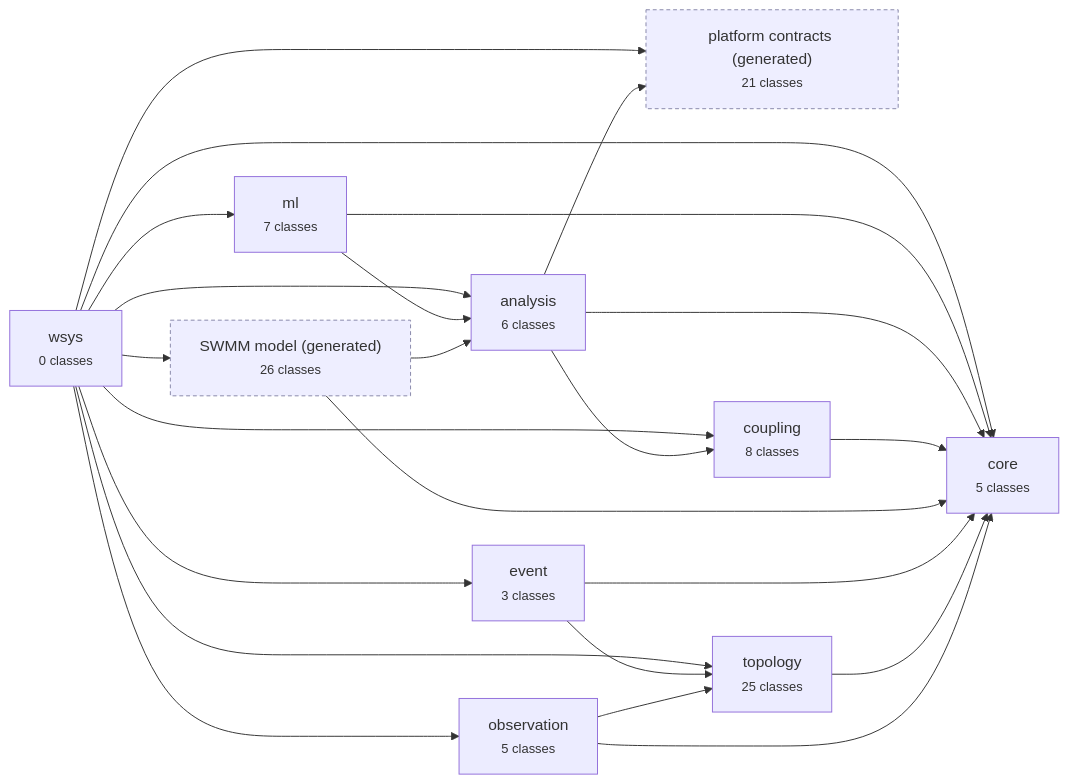
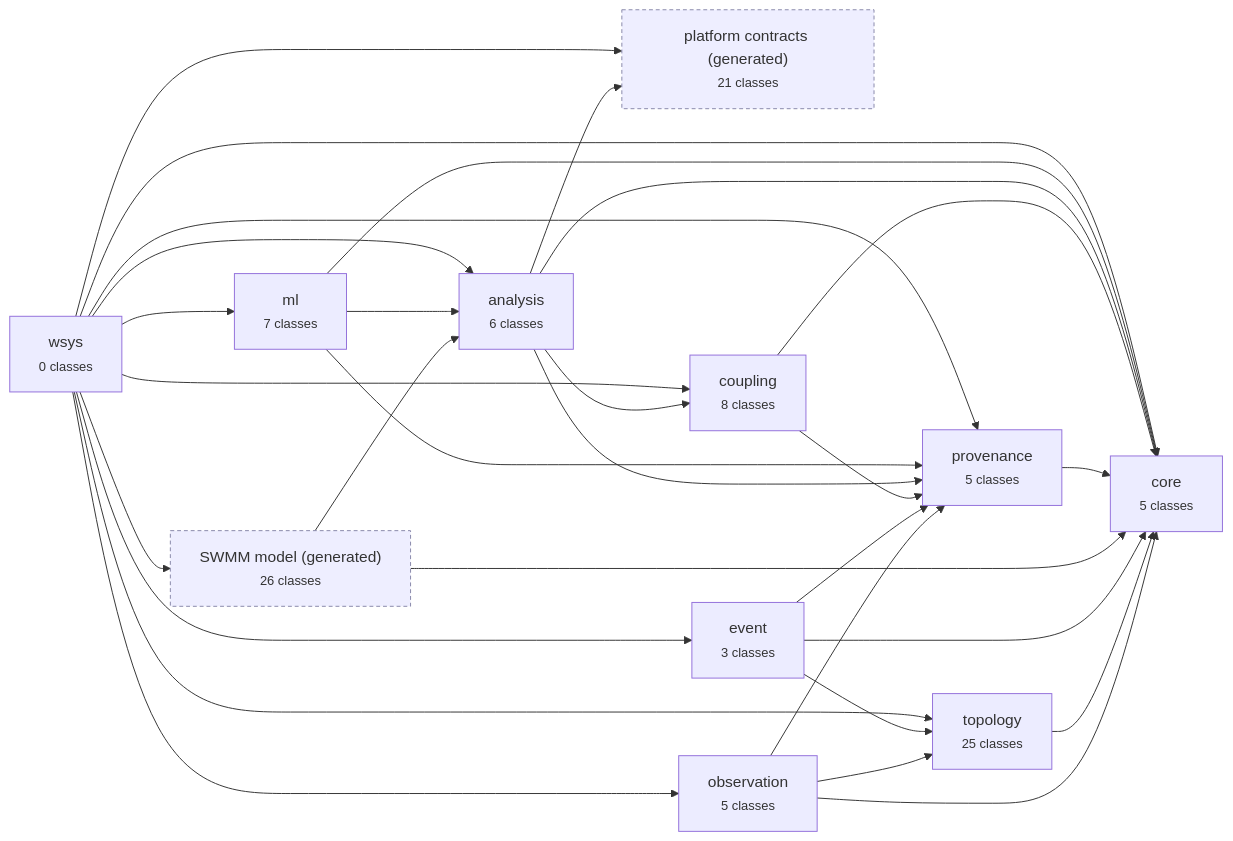
The diagram in docs/diagrams/modules.md (HydroCouple/water-ontology), drawn with Mermaid before and after one commit. The commit also changed 21 other files, not shown here.

First line of the commit message:
Provenance module: PROV-O agents and mixins, Dublin Core metadata, DCAT distributions; actor slots typed as Agent

````diff
--- a/docs/diagrams/modules.md
+++ b/docs/diagrams/modules.md
@@ -5,36 +5,44 @@
 ```mermaid
 flowchart LR
   wsys["wsys<br/><small>0 classes</small>"]
   wsys_ml["ml<br/><small>7 classes</small>"]
   wsys_analysis["analysis<br/><small>6 classes</small>"]
   wsys_analysis_platform["platform contracts (generated)<br/><small>21 classes</small>"]:::gen
   wsys_coupling["coupling<br/><small>8 classes</small>"]
+  wsys_provenance["provenance<br/><small>5 classes</small>"]
   wsys_core["core<br/><small>5 classes</small>"]
   wsys_model["SWMM model (generated)<br/><small>26 classes</small>"]:::gen
   wsys_event["event<br/><small>3 classes</small>"]
   wsys_topology["topology<br/><small>25 classes</small>"]
   wsys_observation["observation<br/><small>5 classes</small>"]
   wsys --> wsys_core
+  wsys --> wsys_provenance
   wsys --> wsys_topology
   wsys --> wsys_observation
   wsys --> wsys_event
   wsys --> wsys_coupling
   wsys --> wsys_analysis_platform
   wsys --> wsys_analysis
   wsys --> wsys_model
   wsys --> wsys_ml
   wsys_ml --> wsys_core
+  wsys_ml --> wsys_provenance
   wsys_ml --> wsys_analysis
   wsys_analysis --> wsys_core
+  wsys_analysis --> wsys_provenance
   wsys_analysis --> wsys_coupling
   wsys_analysis --> wsys_analysis_platform
   wsys_coupling --> wsys_core
+  wsys_coupling --> wsys_provenance
+  wsys_provenance --> wsys_core
   wsys_model --> wsys_core
   wsys_model --> wsys_analysis
   wsys_event --> wsys_core
+  wsys_event --> wsys_provenance
   wsys_event --> wsys_topology
   wsys_topology --> wsys_core
   wsys_observation --> wsys_core
+  wsys_observation --> wsys_provenance
   wsys_observation --> wsys_topology
   classDef gen fill:#eef,stroke:#88a,stroke-dasharray: 4 3;
 ```
````
